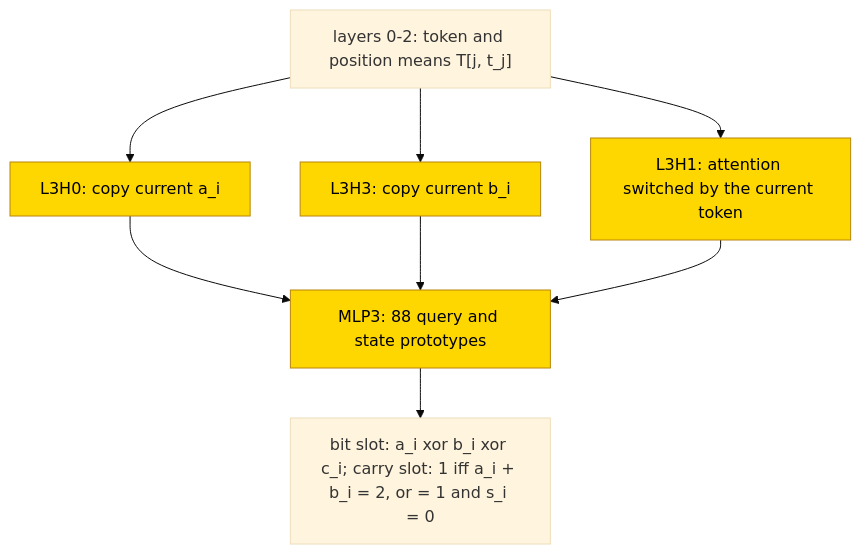
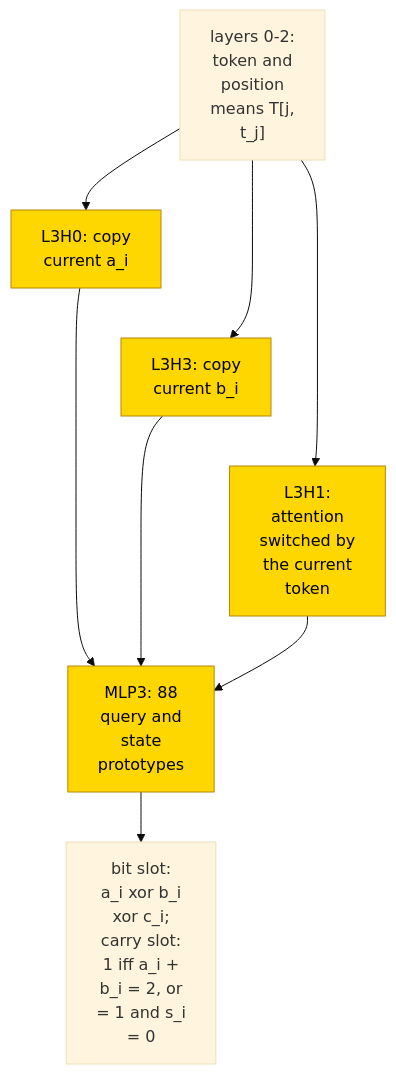
One commit to jc1122/mechanistic-interpretability-circuit-atlas changed the second of 2 diagrams in entries/binary-addition.md. Above: the diagram before and after it, drawn with Mermaid (base theme). The commit also changed other lines of this file and 39 other files, not shown here.

````diff
--- a/entries/binary-addition.md
+++ b/entries/binary-addition.md
@@ -253,14 +256,17 @@
 ```mermaid
 flowchart TD
     accTitle: Seed-specific carry-token TRAIN replacement
     accDescr: Earlier token and position summaries feed operand-copy heads and a current-token-switched head; MLP prototypes write bit or carry slots. Heads and MLP were wholly trained. Status is partial: the replacement is seed-specific and the pruned circuit fails the stronger semantic scrub; no seed-universal mechanism is verified.
-    T["layers 0-2: token and position means T[j, t_j]"] --> H0["L3H0: copy current a_i"]
-    T --> H3["L3H3: copy current b_i"]
-    T --> H1["L3H1: attention switched by the current token"]
-    H0 --> M["MLP3: 88 query and state prototypes"]
+    T["layers 0-2:<br/>token and<br/>position<br/>means T[j,<br/>t_j]"] --> H0["L3H0: copy<br/>current a_i"]
+    T --> H3["L3H3: copy<br/>current b_i"]
+    T --> H1["L3H1:<br/>attention<br/>switched by<br/>the current<br/>token"]
+    H0 --> M["MLP3: 88<br/>query and<br/>state<br/>prototypes"]
     H3 --> M
     H1 --> M
-    M --> S["bit slot: a_i xor b_i xor c_i; carry slot: 1 iff a_i + b_i = 2, or = 1 and s_i = 0"]
+    M --> S["bit slot:<br/>a_i xor b_i<br/>xor c_i;<br/>carry slot:<br/>1 iff a_i +<br/>b_i = 2, or<br/>= 1 and s_i<br/>= 0"]
     classDef trained fill:gold,stroke:darkgoldenrod,color:black
     class H0,H3,H1,M trained
+    %% Invisible links constrain vertical layout only, not computation.
+    H0 ~~~ H3
+    H3 ~~~ H1
 ```
````
